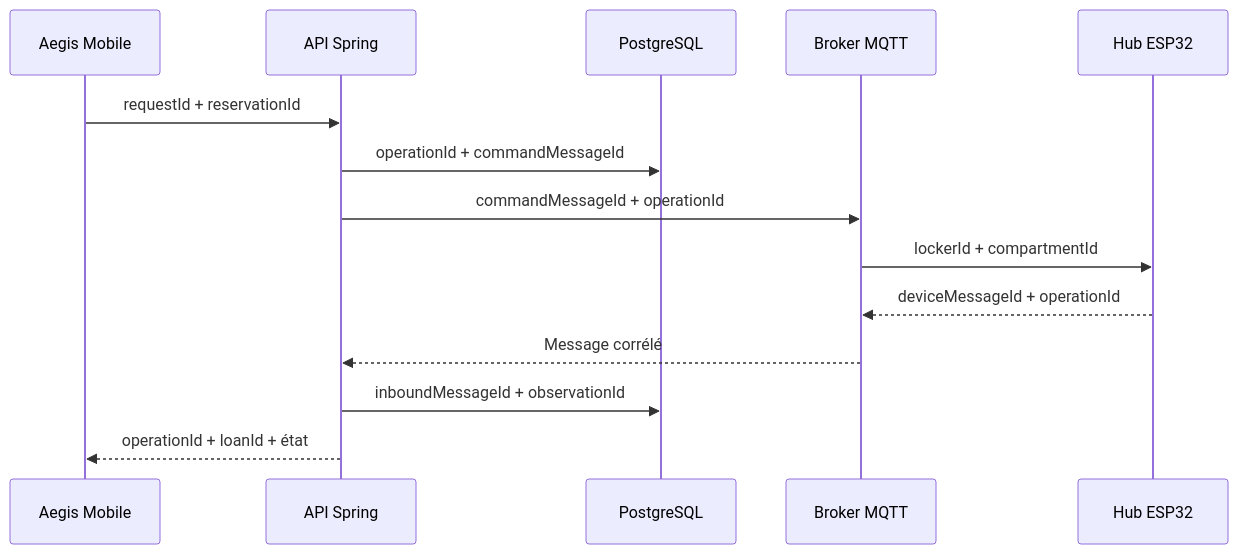
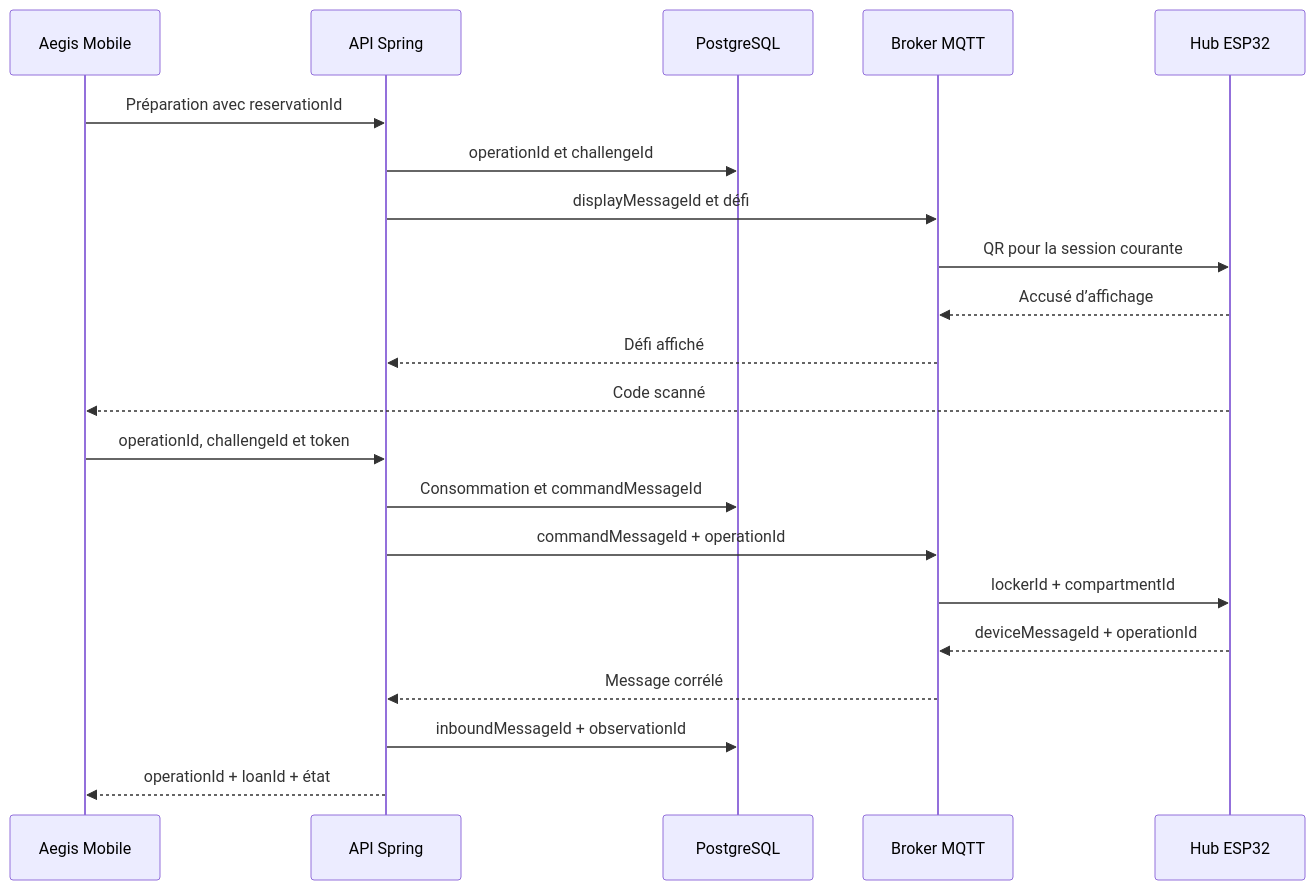
Before and after one commit to PhilJordan18/aegis: diagram 14 of 14 in docs/cahier-conception/07-flux-de-donnees.md, drawn with Mermaid. The commit also changed other lines of this file and 12 other files, not shown here.

````diff
--- a/docs/cahier-conception/07-flux-de-donnees.md
+++ b/docs/cahier-conception/07-flux-de-donnees.md
@@ -727,17 +768,24 @@
 ```mermaid
 sequenceDiagram
     participant M as Aegis Mobile
     participant P as API Spring
     participant D as PostgreSQL
     participant B as Broker MQTT
     participant H as Hub ESP32
 
-    M->>P: requestId + reservationId
-    P->>D: operationId + commandMessageId
+    M->>P: Préparation avec reservationId
+    P->>D: operationId et challengeId
+    P->>B: displayMessageId et défi
+    B->>H: QR pour la session courante
+    H-->>B: Accusé d’affichage
+    B-->>P: Défi affiché
+    H-->>M: Code scanné
+    M->>P: operationId, challengeId et token
+    P->>D: Consommation et commandMessageId
     P->>B: commandMessageId + operationId
     B->>H: lockerId + compartmentId
     H-->>B: deviceMessageId + operationId
     B-->>P: Message corrélé
     P->>D: inboundMessageId + observationId
     P-->>M: operationId + loanId + état
 ```
````
